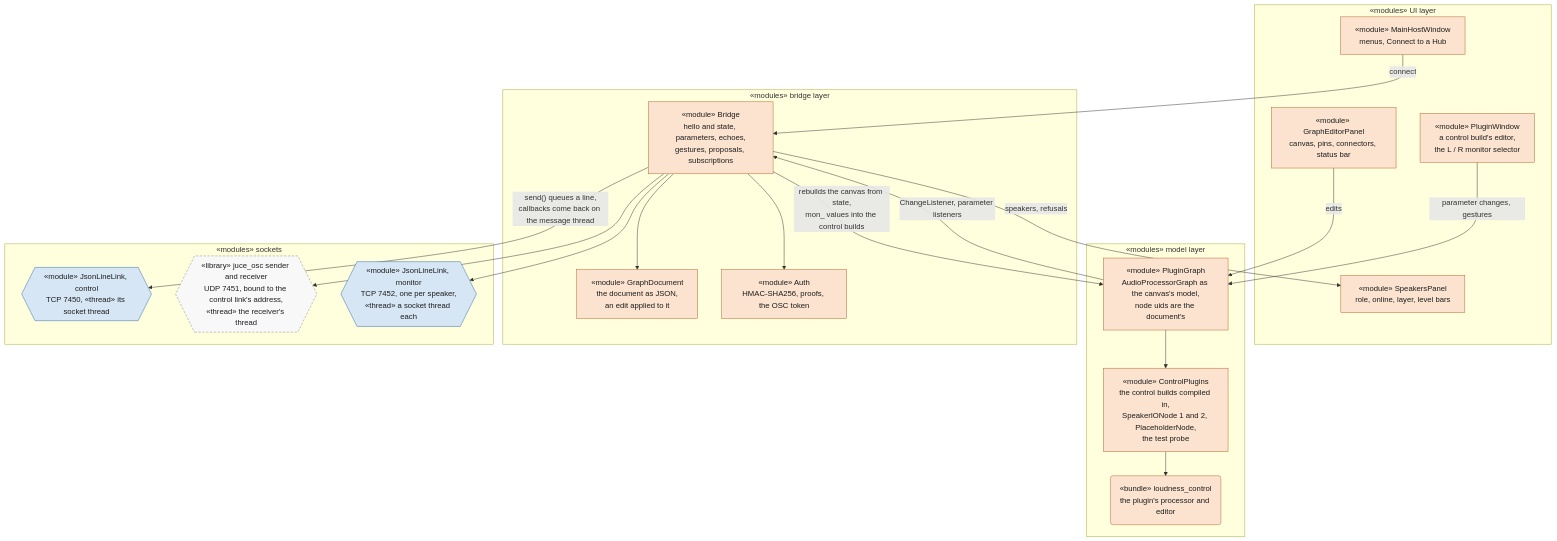
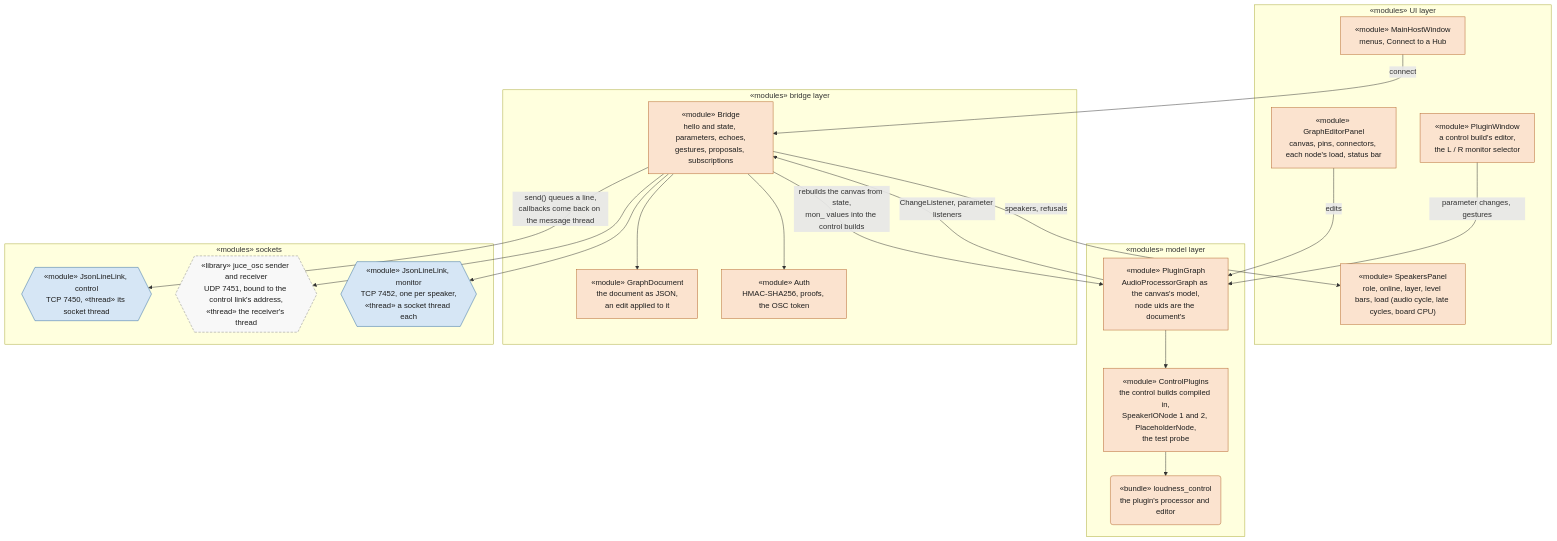
One commit to AMuszkat/bpi_amp_platform changed diagram 16 of 19 in docs/remote-plugin-host.md. Above: the diagram before and after it, drawn with Mermaid. The commit also changed other lines of this file, not shown here.

First line of the commit message:
docs: the design names ampd's board/cpu stream and the controller's per-speaker load

````diff
--- a/docs/remote-plugin-host.md
+++ b/docs/remote-plugin-host.md
@@ -1451,44 +1460,44 @@
 ```mermaid
 flowchart TB
     classDef ctl fill:#fbe3cf,stroke:#b4642a,color:#1d1d1d
     classDef aud fill:#d6e6f5,stroke:#2f6aa3,color:#1d1d1d
     classDef sto fill:#ececec,stroke:#7a7a7a,color:#1d1d1d
     classDef hw fill:#dcefd9,stroke:#3d8a3a,color:#1d1d1d
     classDef sys fill:#f3f0d9,stroke:#9a8a2a,color:#1d1d1d
     classDef lib fill:#f8f8f8,stroke:#8a8a8a,color:#1d1d1d,stroke-dasharray:5 3
 
     subgraph UI["«modules» UI layer"]
         mw["«module» MainHostWindow<br/>menus, Connect to a Hub"]:::ctl
-        gep["«module» GraphEditorPanel<br/>canvas, pins, connectors, status bar"]:::ctl
+        gep["«module» GraphEditorPanel<br/>canvas, pins, connectors, each node's load, status bar"]:::ctl
         pwin["«module» PluginWindow<br/>a control build's editor,<br/>the L / R monitor selector"]:::ctl
-        sp["«module» SpeakersPanel<br/>role, online, layer, level bars"]:::ctl
+        sp["«module» SpeakersPanel<br/>role, online, layer, level bars, load (audio cycle, late cycles, board CPU)"]:::ctl
     end
     subgraph MODEL["«modules» model layer"]
         pg["«module» PluginGraph<br/>AudioProcessorGraph as the canvas's model,<br/>node uids are the document's"]:::ctl
         cp["«module» ControlPlugins<br/>the control builds compiled in,<br/>SpeakerIONode 1 and 2, PlaceholderNode,<br/>the test probe"]:::ctl
         cb("«bundle» loudness_control<br/>the plugin's processor and editor"):::ctl
     end
     subgraph BRIDGE["«modules» bridge layer"]
         gd["«module» GraphDocument<br/>the document as JSON,<br/>an edit applied to it"]:::ctl
         br["«module» Bridge<br/>hello and state, parameters, echoes,<br/>gestures, proposals, subscriptions"]:::ctl
         auth["«module» Auth<br/>HMAC-SHA256, proofs, the OSC token"]:::ctl
     end
     subgraph LINKS["«modules» sockets"]
         cl{{"«module» JsonLineLink, control<br/>TCP 7450, «thread» its socket thread"}}:::aud
         osc{{"«library» juce_osc sender and receiver<br/>UDP 7451, bound to the control link's address,<br/>«thread» the receiver's thread"}}:::lib
         ml{{"«module» JsonLineLink, monitor<br/>TCP 7452, one per speaker,<br/>«thread» a socket thread each"}}:::aud
     end
 
     gep -- "edits" --> pg
     pwin -- "parameter changes, gestures" --> pg
     mw -- "connect" --> br
     br -- "speakers, refusals" --> sp
     pg -- "ChangeListener, parameter listeners" --> br
     br -- "rebuilds the canvas from state,<br/>mon_ values into the control builds" --> pg
     pg --> cp --> cb
     br --> gd
     br --> auth
     br -- "send() queues a line,<br/>callbacks come back on the message thread" --> cl
     br --> osc
     br --> ml
 ```
````
